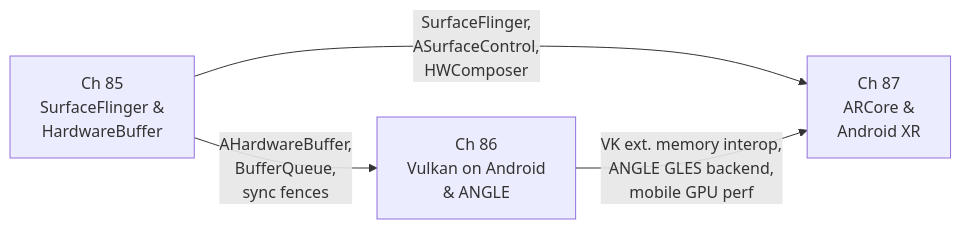
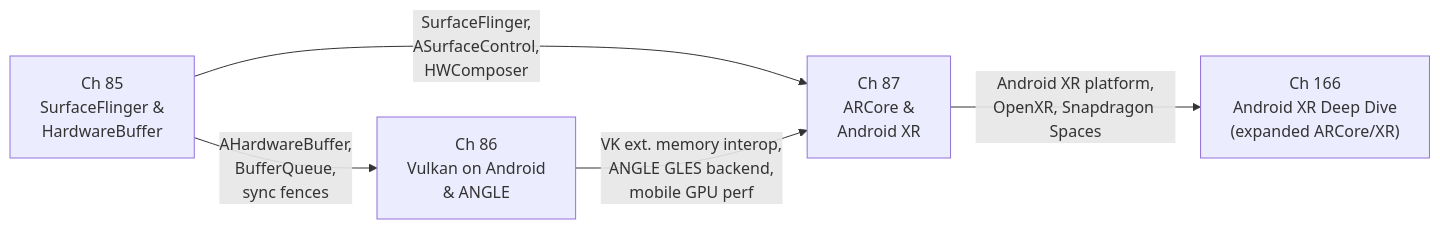
Before and after one commit to jreuben11/linux-graphics-stack-book: the diagram in chapters/part-19-android-graphics/part-intro.md, drawn with Mermaid. The commit also changed other lines of this file and 10 other files, not shown here.

````diff
--- a/chapters/part-19-android-graphics/part-intro.md
+++ b/chapters/part-19-android-graphics/part-intro.md
@@ -27,10 +29,12 @@
 ```mermaid
 graph LR
     CH85["Ch 85\nSurfaceFlinger &\nHardwareBuffer"]
     CH86["Ch 86\nVulkan on Android\n& ANGLE"]
     CH87["Ch 87\nARCore &\nAndroid XR"]
+    CH166["Ch 166\nAndroid XR Deep Dive\n(expanded ARCore/XR)"]
 
     CH85 -->|"AHardwareBuffer,\nBufferQueue,\nsync fences"| CH86
     CH85 -->|"SurfaceFlinger,\nASurfaceControl,\nHWComposer"| CH87
     CH86 -->|"VK ext. memory interop,\nANGLE GLES backend,\nmobile GPU perf"| CH87
+    CH87 -->|"Android XR platform,\nOpenXR, Snapdragon Spaces"| CH166
 ```
````
